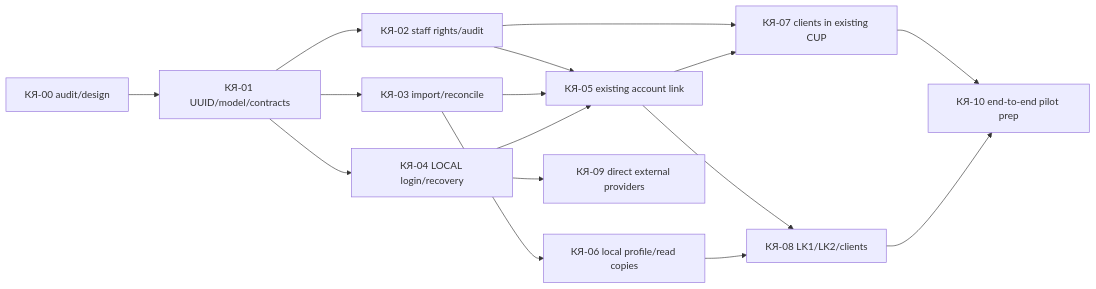
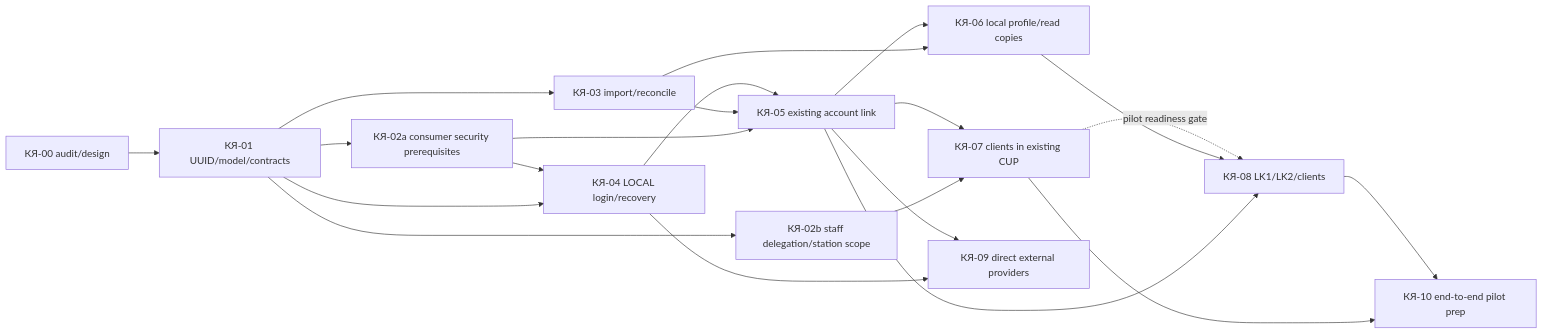
Before and after one commit to Z6v6e6r/lk2: the diagram in docs/plans/customer-core/ROADMAP.md, drawn with Mermaid. The commit also changed other lines of this file and 7 other files, not shown here.

````diff
--- a/docs/plans/customer-core/ROADMAP.md
+++ b/docs/plans/customer-core/ROADMAP.md
@@ -5,18 +5,23 @@
 ```mermaid
 flowchart LR
   A[КЯ-00 audit/design] --> B[КЯ-01 UUID/model/contracts]
-  B --> C[КЯ-02 staff rights/audit]
+  B --> C1[КЯ-02a consumer security prerequisites]
+  B --> C2[КЯ-02b staff delegation/station scope]
   B --> D[КЯ-03 import/reconcile]
   B --> E[КЯ-04 LOCAL login/recovery]
-  C --> F[КЯ-05 existing account link]
+  C1 --> E
+  C1 --> F[КЯ-05 existing account link]
   D --> F
   E --> F
   D --> G[КЯ-06 local profile/read copies]
-  C --> H[КЯ-07 clients in existing CUP]
+  F --> G
+  C2 --> H[КЯ-07 clients in existing CUP]
   F --> H
   F --> I[КЯ-08 LK1/LK2/clients]
   G --> I
+  H -.->|pilot readiness gate| I
   H --> J[КЯ-10 end-to-end pilot prep]
   I --> J
   E --> K[КЯ-09 direct external providers]
+  F --> K
 ```
````
